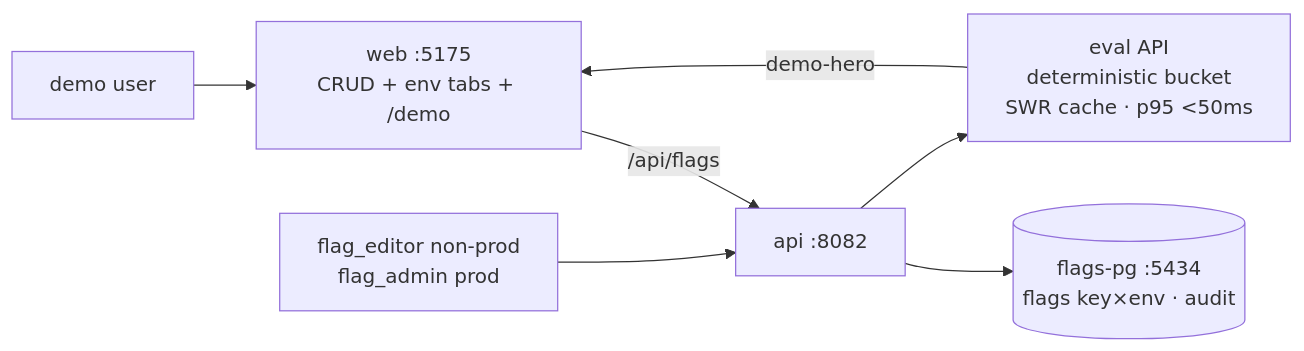
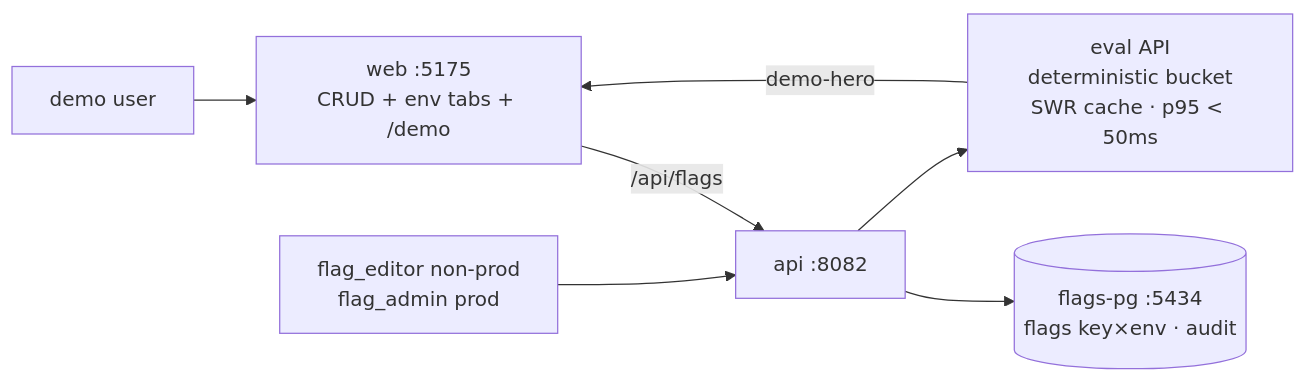
One commit to Kashyapa13/devin-projects changed the fifth of 5 diagrams in internal-apps/README.md. Above: the diagram before and after it, drawn with Mermaid. The commit also changed other lines of this file, not shown here.

First line of the commit message:
docs: quote mermaid node labels — fix fleet-map parse error on GitHub

````diff
--- a/internal-apps/README.md
+++ b/internal-apps/README.md
@@ -96,9 +96,9 @@
 ```mermaid
 flowchart LR
     U[demo user] --> W[web :5175<br/>CRUD + env tabs + /demo]
     W -->|/api/flags| A[api :8082]
     A --> DB[(flags-pg :5434<br/>flags key×env · audit)]
-    A --> EV[eval API<br/>deterministic bucket<br/>SWR cache · p95 <50ms]
+    A --> EV["eval API<br/>deterministic bucket<br/>SWR cache · p95 < 50ms"]
     EV -->|demo-hero| W
     RBAC[flag_editor non-prod<br/>flag_admin prod] --> A
 ```
````
